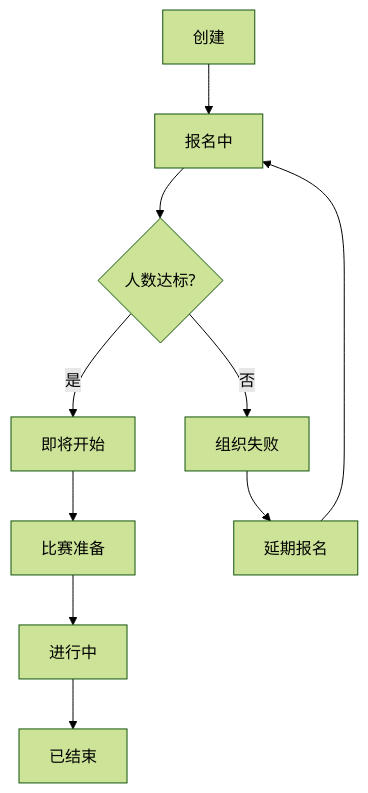
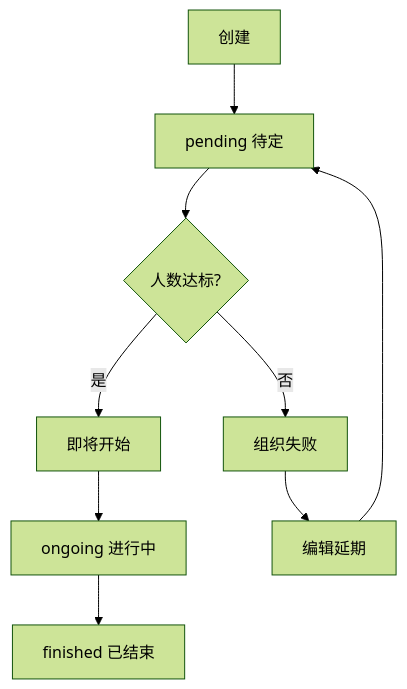
The first of 3 diagrams in QWEN.md (oiuv/yyarena), drawn with Mermaid (forest theme) before and after one commit. The commit also changed 6 other files, not shown here.

````diff
--- a/QWEN.md
+++ b/QWEN.md
@@ -91,12 +91,11 @@
 ```mermaid
 graph TD
-    A[创建] --> B[报名中]
+    A[创建] --> B[pending 待定]
     B --> C{人数达标?}
     C -->|是| D[即将开始]
     C -->|否| E[组织失败]
-    E --> F[延期报名]
+    E --> F[编辑延期]
     F --> B
-    D --> G[比赛准备]
-    G --> H[进行中]
-    H --> I[已结束]
+    D --> G[ongoing 进行中]
+    G --> H[finished 已结束]
 ```
````
